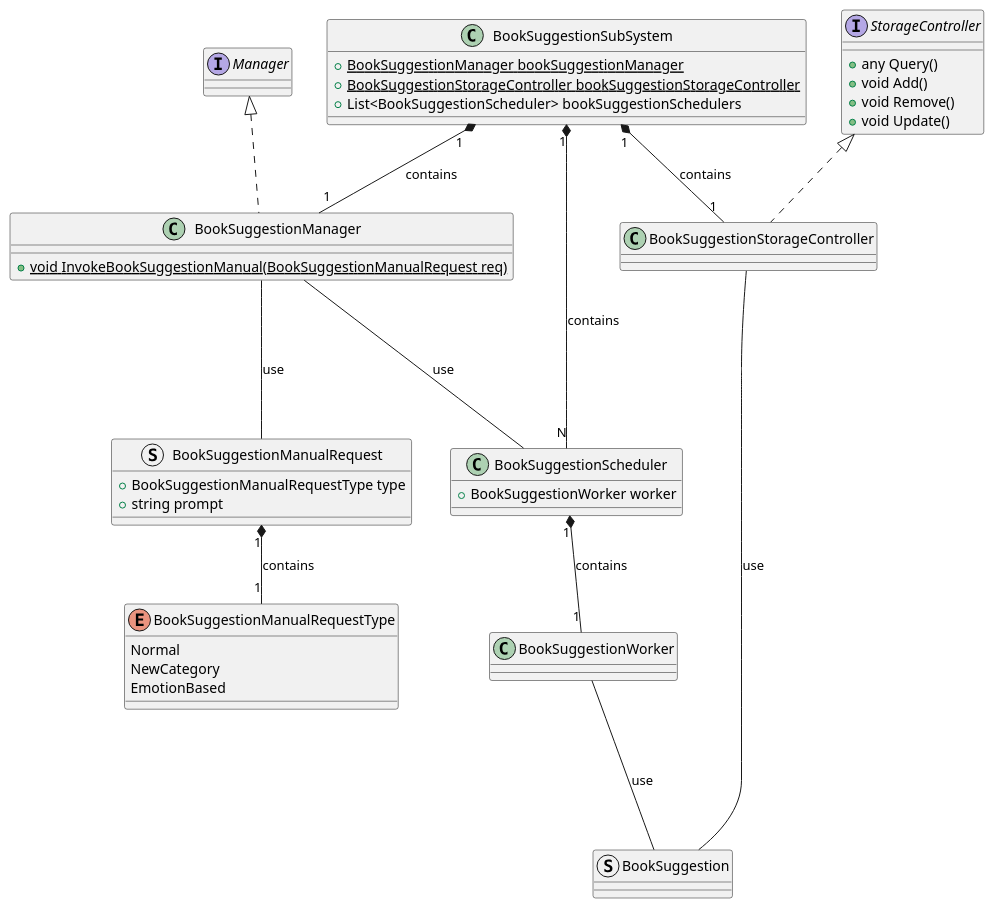
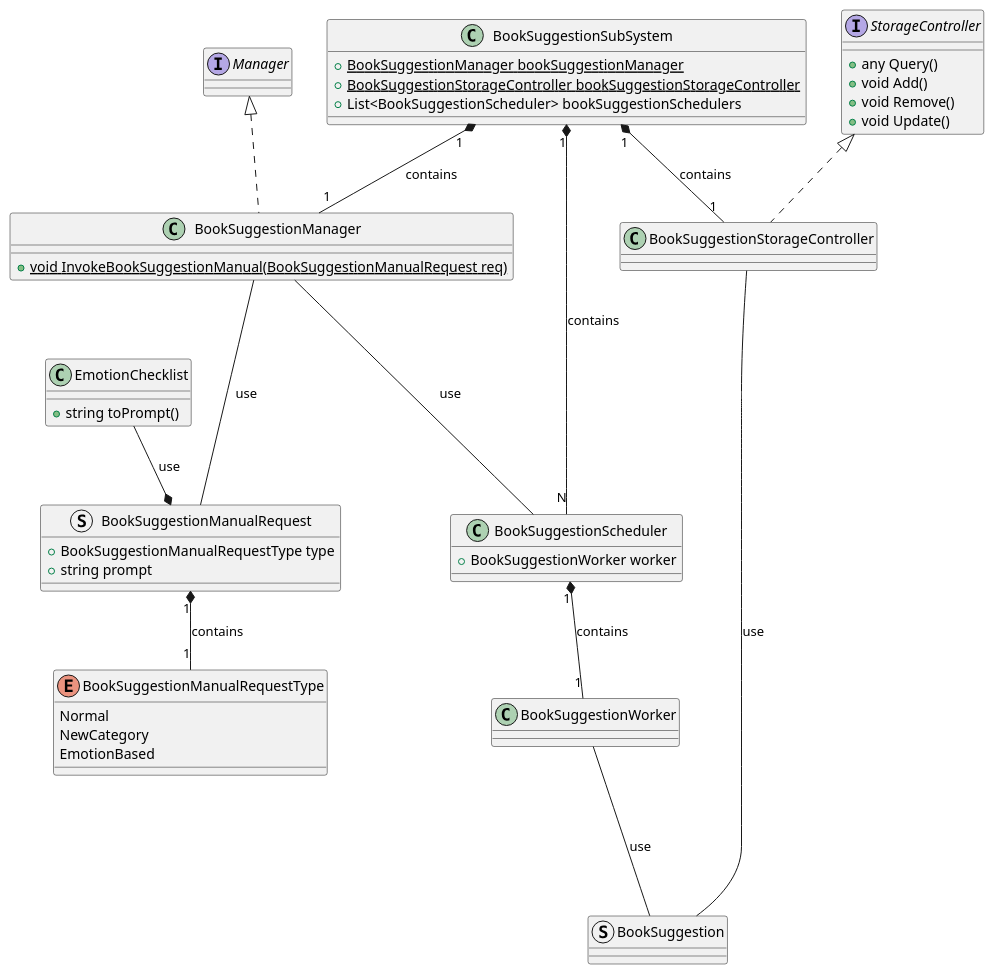
The diagram in src/BookSuggestion.puml (ShapeLayer/se-lecture-task__project-structure-definitions), drawn with PlantUML before and after one commit. The commit also changed 11 other files, not shown here.

```diff
--- a/src/BookSuggestion.puml
+++ b/src/BookSuggestion.puml
@@ -1,51 +1,56 @@
 @startuml
 Interface Manager
 Interface StorageController {
     + any Query()
     + void Add()
     + void Remove()
     + void Update()
+}
+
+class EmotionChecklist {
+    + string toPrompt()
 }
 
 enum BookSuggestionManualRequestType {
     Normal
     NewCategory
     EmotionBased
 }
 struct BookSuggestionManualRequest {
     + BookSuggestionManualRequestType type
     + string prompt
 }
 BookSuggestionManualRequest "1" *-- "1" BookSuggestionManualRequestType : contains
+EmotionChecklist --* BookSuggestionManualRequest : use
 
 struct BookSuggestion {}
 
 class BookSuggestionWorker {}
 BookSuggestionWorker --- BookSuggestion : use
 
 class BookSuggestionScheduler {
     + BookSuggestionWorker worker
 }
 
 BookSuggestionScheduler "1" *-- "1" BookSuggestionWorker : contains
 
 class BookSuggestionManager implements Manager {
     + {static} void InvokeBookSuggestionManual(BookSuggestionManualRequest req)
 }
 BookSuggestionManager --- BookSuggestionManualRequest : use
 BookSuggestionManager --- BookSuggestionScheduler : use
 
 class BookSuggestionStorageController implements StorageController {}
 BookSuggestionStorageController --- BookSuggestion : use
 
 class BookSuggestionSubSystem {
     + {static} BookSuggestionManager bookSuggestionManager
     + {static} BookSuggestionStorageController bookSuggestionStorageController
     + List<BookSuggestionScheduler> bookSuggestionSchedulers
 }
 
 BookSuggestionSubSystem "1" *-- "1" BookSuggestionManager : contains
 BookSuggestionSubSystem "1" *-- "1" BookSuggestionStorageController : contains
 BookSuggestionSubSystem "1" *-- "N" BookSuggestionScheduler : contains
 
 @enduml
```
